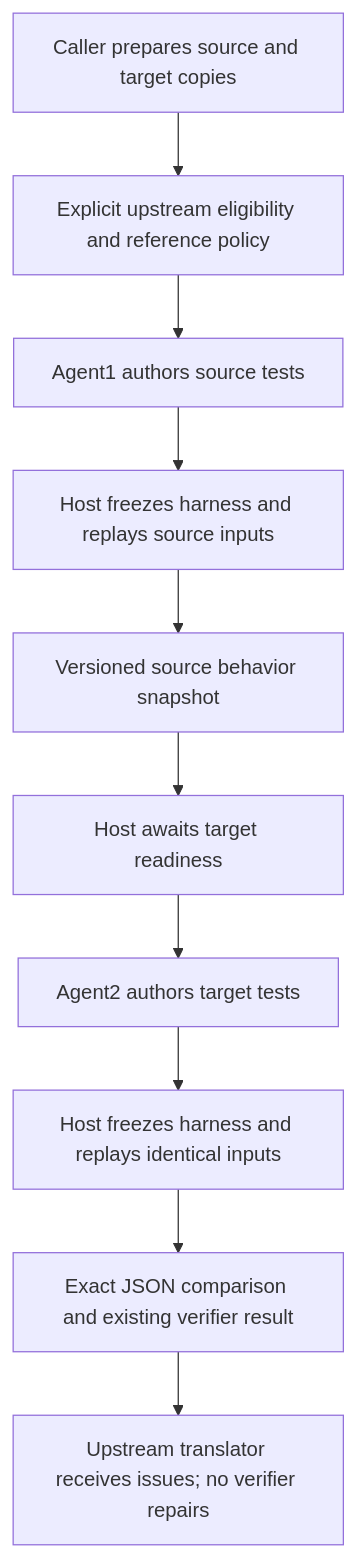
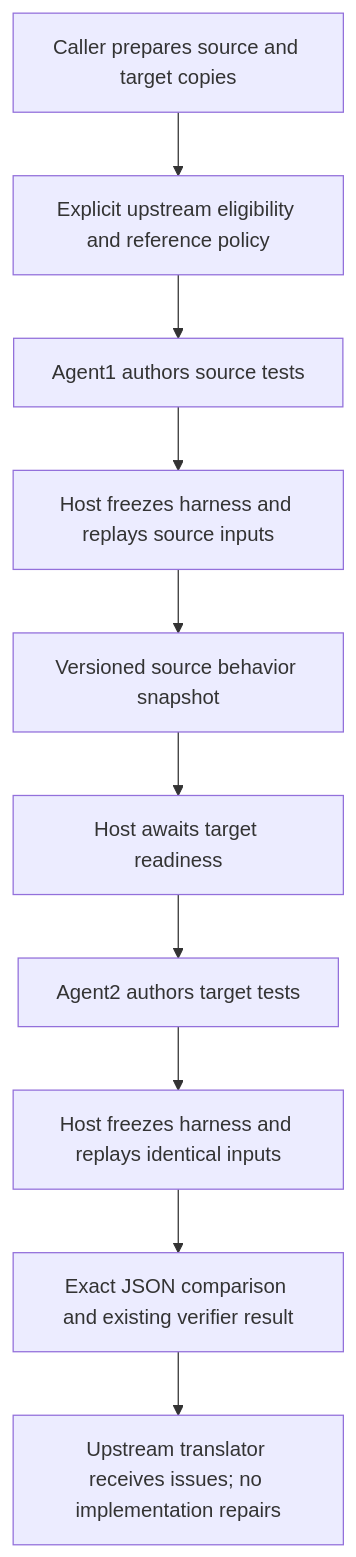
One commit to interfuckjuve/weichai changed the diagram in services/translation-verifier/e2e/README.md. Above: the diagram before and after it, drawn with Mermaid. The commit also changed other lines of this file and 12 other files, not shown here.

````diff
--- a/services/translation-verifier/e2e/README.md
+++ b/services/translation-verifier/e2e/README.md
@@ -128,12 +128,12 @@
 ```mermaid
 flowchart TD
   A[Caller prepares source and target copies] --> B[Explicit upstream eligibility and reference policy]
   B --> C[Agent1 authors source tests]
   C --> D[Host freezes harness and replays source inputs]
   D --> E[Versioned source behavior snapshot]
   E --> F[Host awaits target readiness]
   F --> G[Agent2 authors target tests]
   G --> H[Host freezes harness and replays identical inputs]
   H --> I[Exact JSON comparison and existing verifier result]
-  I --> J[Upstream translator receives issues; no verifier repairs]
+  I --> J[Upstream translator receives issues; no implementation repairs]
 ```
````
